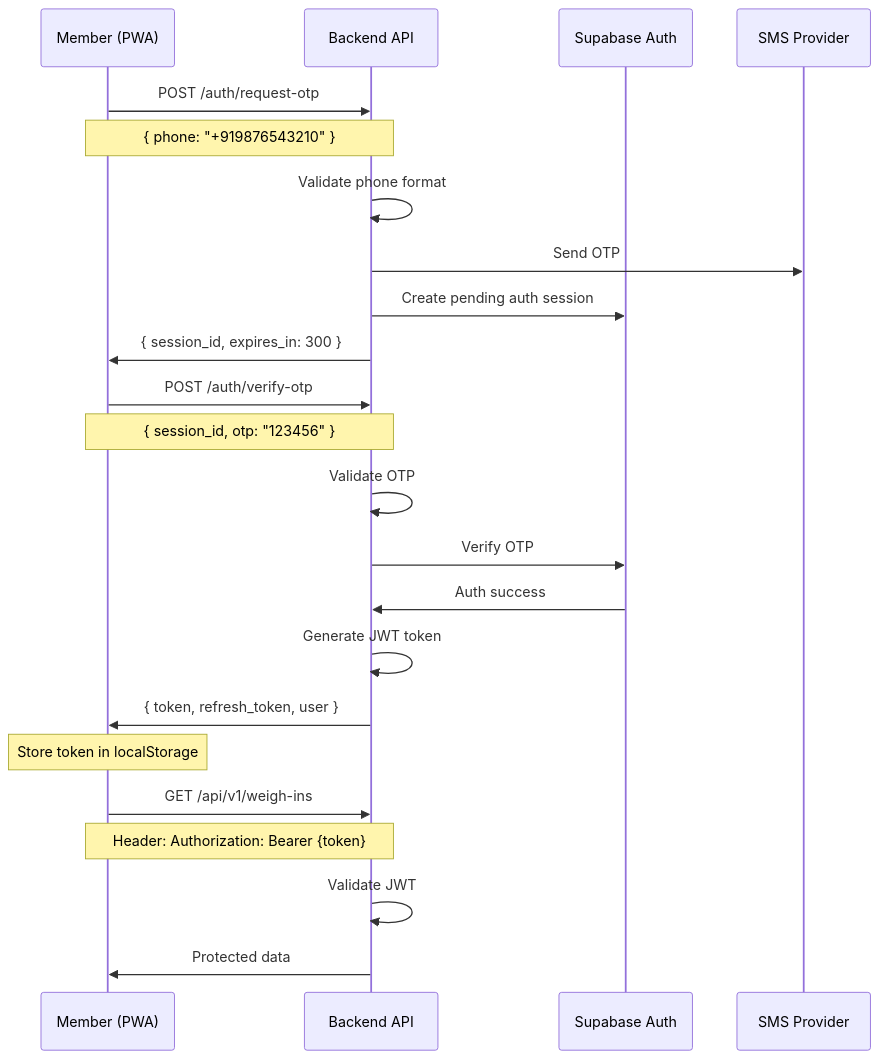
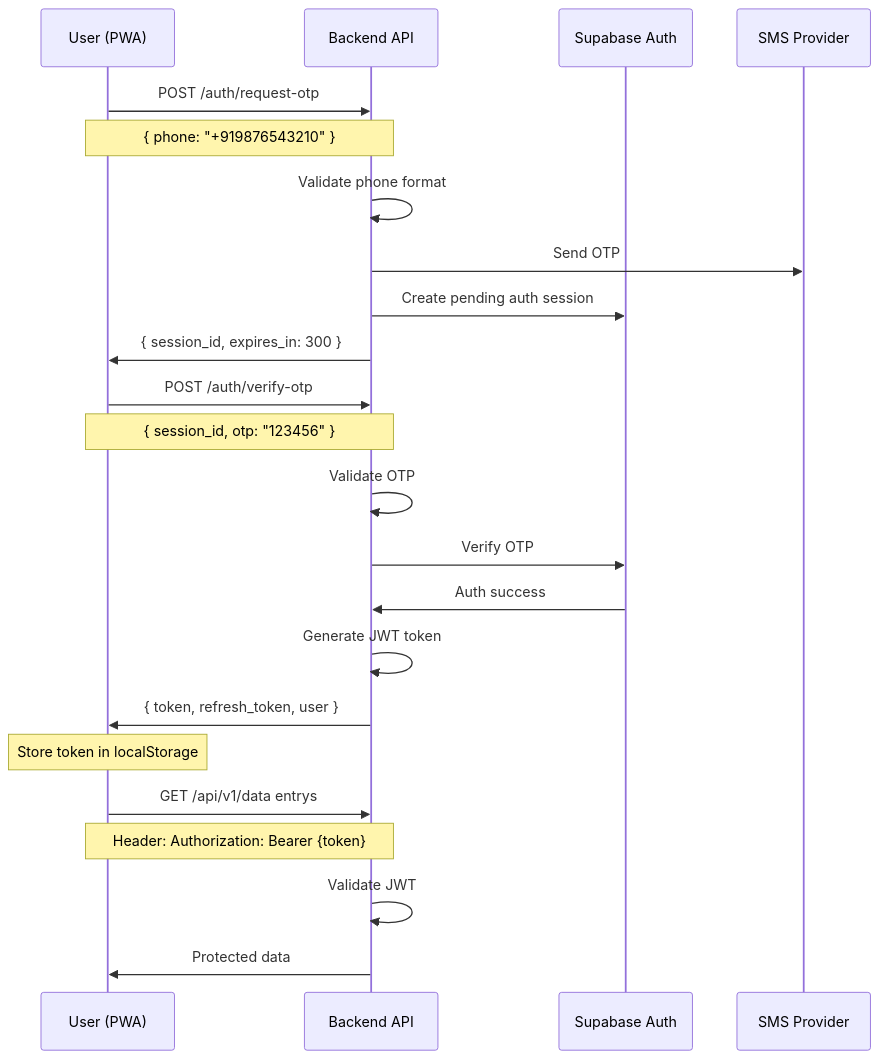
Before and after one commit to DrOpenSource/TechStack: the second of 2 diagrams in .claude/agents/02-system-architect.md, drawn with Mermaid. The commit also changed other lines of this file and 8 other files, not shown here.

````diff
--- a/.claude/agents/02-system-architect.md
+++ b/.claude/agents/02-system-architect.md
@@ -345,32 +345,32 @@
 ```mermaid
 sequenceDiagram
-    participant M as Member (PWA)
+    participant M as User (PWA)
     participant API as Backend API
     participant S as Supabase Auth
     participant SMS as SMS Provider
 
     M->>API: POST /auth/request-otp
     Note over M,API: { phone: "+919876543210" }
 
     API->>API: Validate phone format
     API->>SMS: Send OTP
     API->>S: Create pending auth session
     API->>M: { session_id, expires_in: 300 }
 
     M->>API: POST /auth/verify-otp
     Note over M,API: { session_id, otp: "123456" }
 
     API->>API: Validate OTP
     API->>S: Verify OTP
     S->>API: Auth success
     API->>API: Generate JWT token
     API->>M: { token, refresh_token, user }
 
     Note over M: Store token in localStorage
 
-    M->>API: GET /api/v1/weigh-ins
+    M->>API: GET /api/v1/data entrys
     Note over M,API: Header: Authorization: Bearer {token}
 
     API->>API: Validate JWT
     API->>M: Protected data
 ```
````
